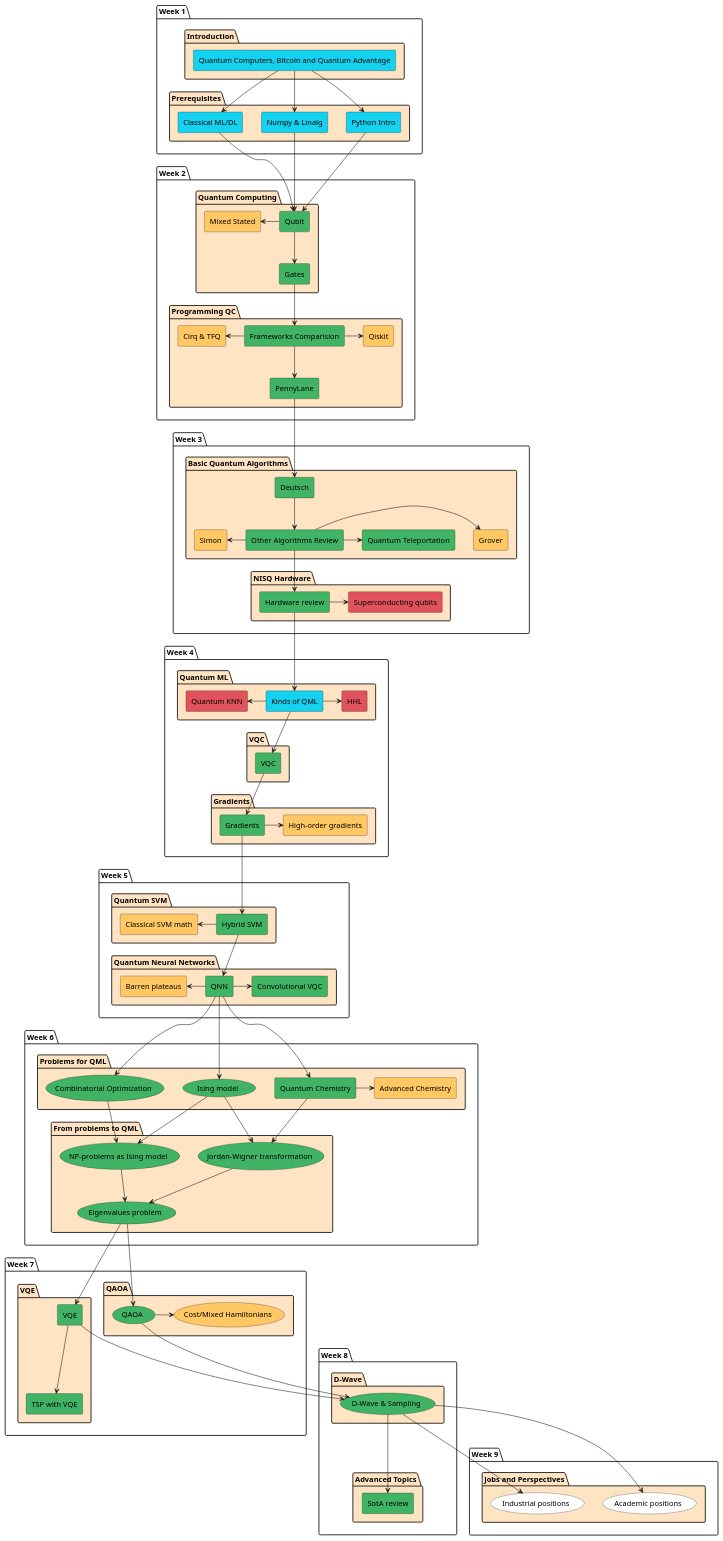
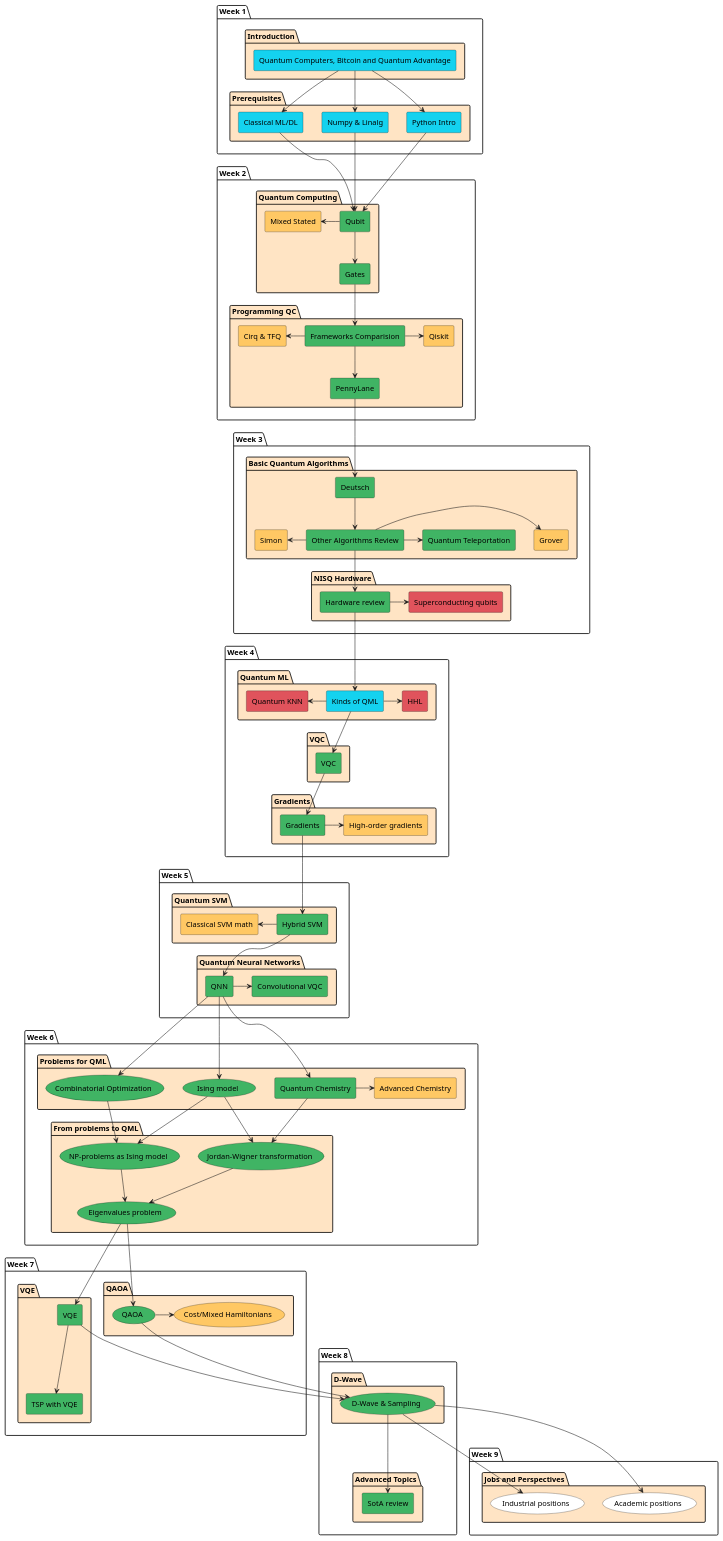
Before and after one commit to quantum-ods/qmlcourse: the diagram in qmlcourseRU/_static/index/program.plantuml, drawn with PlantUML. The commit also changed 1 other file, not shown here.

Commit message:
comment `Barren plateaus` from progam

```diff
--- a/qmlcourseRU/_static/index/program.plantuml
+++ b/qmlcourseRU/_static/index/program.plantuml
@@ -1,189 +1,189 @@
 @startuml
 package "Week 1" {
         package "Introduction" #Bisque {
                 rectangle "Quantum Computers, Bitcoin and Quantum Advantage" as intro1 #14D2EF
         }
 
         package "Prerequisites" #Bisque {
                 rectangle "Python Intro" as python #14D2EF
                 rectangle "Numpy & Linalg" as numpy #14D2EF
                 rectangle "Classical ML/DL" as ml #14D2EF
         }
 }
 
 package "Week 2" {
         package "Quantum Computing" as qci #Bisque {
                 rectangle "Qubit" as qubit #40B464
                 rectangle "Gates" as gates #40B464
                 rectangle "Mixed Stated" as mixed #FFC864
         }
 
         package "Programming QC" #Bisque {
                 rectangle "Frameworks Comparision" as progcomparision #40B464
                 rectangle "PennyLane" as pennylane #40B464
                 rectangle "Qiskit" as qiskit #FFC864
                 rectangle "Cirq & TFQ" as cirq #FFC864
         }
 }
 
 package "Week 3" {
         package "Basic Quantum Algorithms" as qalgo #Bisque {
                 rectangle "Deutsch" as deutsch #40B464
                 rectangle "Other Algorithms Review" as advanced_algos #40B464
                 rectangle "Grover" as grover #FFC864
                 rectangle "Quantum Teleportation" as qtp #40B464
                 rectangle "Simon" as saimon #FFC864
         }
 
         package "NISQ Hardware" #Bisque {
                 rectangle "Hardware review" as review #40B464
                 rectangle "Superconducting qubits" as schard #E0535C
         }
 }
 
 package "Week 4" {
         package "Quantum ML" #Bisque {
                 rectangle "Kinds of QML" as qml_general #14D2EF
                 rectangle "HHL" as hhl #E0535C
                 rectangle "Quantum KNN" as qknn #E0535C
         }
 
         package "VQC" #Bisque {
                 rectangle "VQC" as vqc #40B464
         }
 
         package "Gradients" #Bisque {
                 rectangle "Gradients" as grad #40B464
                 rectangle "High-order gradients" as hograd #FFC864
         }
 }
 
 package "Week 5" {
         package "Quantum SVM" #Bisque {
                 rectangle "Hybrid SVM" as hsvm #40B464
                 rectangle "Classical SVM math" as csvm #FFC864
         }
 
         package "Quantum Neural Networks" #Bisque {
                 rectangle "QNN" as qnn #40B464
-                rectangle "Barren plateaus" as barren #FFC864
+                ' rectangle "Barren plateaus" as barren #FFC864
                 rectangle "Convolutional VQC" as convvqc #40B464
         }
 }
 
 package "Week 6" {
         package "Problems for QML" #Bisque {
                 usecase "Ising model" as ising #40B464
                 usecase "Combinatorial Optimization" as copt #40B464
                 rectangle "Quantum Chemistry" as qchem #40B464
                 rectangle "Advanced Chemistry" as aqchem #FFC864
         }
 
         package "From problems to QML" #Bisque {
                 usecase "NP-problems as Ising model" as npising #40B464
                 usecase "Jordan-Wigner transformation" as jordan #40B464
                 usecase "Eigenvalues problem" as eigenvals #40B464
         }
 }
 
 package "Week 7" {
         package "VQE" #Bisque {
                 rectangle "VQE" as vqe #40B464
                 rectangle "TSP with VQE" as tspvqe #40B464
         }
 
         package "QAOA" #Bisque {
                 usecase "QAOA" as qaoa #40B464
                 usecase "Cost/Mixed Hamiltonians" as hams #FFC864
         }
 }
 
 package "Week 8" {
         package "D-Wave" #Bisque {
                 usecase "D-Wave & Sampling" as dwave #40B464
         }
 
         package "Advanced Topics" as adv #Bisque {
                 rectangle "SotA review" as sota #40B464
         }
 }
 
 package "Week 9" {
         package "Jobs and Perspectives" as jobs #Bisque {
                 usecase "Academic positions" as academic #White
                 usecase "Industrial positions" as industrial #White
         }
 }
 
 
 intro1 --> python
 intro1 --> numpy
 intro1 --> ml
 
 python --> qubit
 numpy --> qubit
 ml --> qubit
 
 qubit --> gates
 mixed <- qubit
 
 gates --> progcomparision
 progcomparision --> pennylane
 cirq <- progcomparision
 progcomparision -> qiskit
 
 pennylane --> deutsch
 
 deutsch --> advanced_algos
 advanced_algos -> grover
 advanced_algos -> qtp
 saimon <- advanced_algos
 
 advanced_algos --> review
 review -> schard
 
 review --> qml_general
 
 qml_general -> hhl
 qknn <- qml_general
 
 qml_general --> vqc
 
 vqc --> grad
 grad -> hograd
 
 grad --> hsvm
-barren <- qnn
+' barren <- qnn
 qnn -> convvqc
 
 hsvm --> qnn
 csvm <- hsvm
 
 qnn --> ising
 qnn --> copt
 qnn --> qchem
 qchem -> aqchem
 qchem --> jordan
 ising --> npising
 ising --> jordan
 copt --> npising
 
 npising --> eigenvals
 jordan --> eigenvals
 
 eigenvals --> vqe
 eigenvals --> qaoa
 
 vqe --> tspvqe
 
 qaoa -> hams
 
 qaoa --> dwave
 vqe --> dwave
 
 dwave --> academic
 dwave --> industrial
 
 dwave --> sota
 
 @enduml
```
